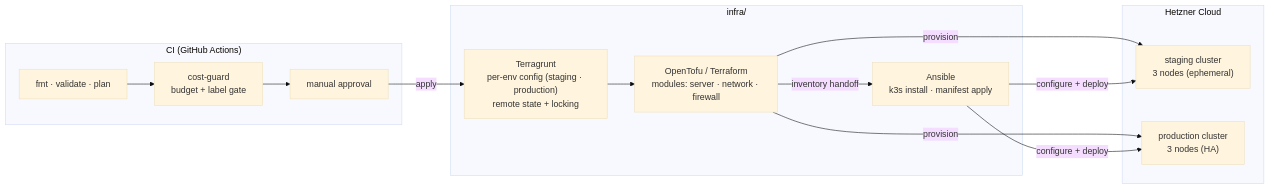
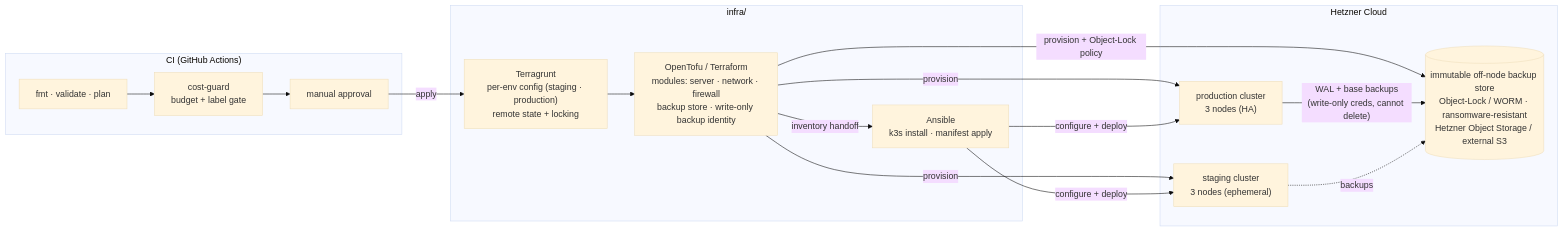
One commit to marco-montesines/maagaparuga changed the second of 4 diagrams in README.md. Above: the diagram before and after it, drawn with Mermaid (base theme). The commit also changed other lines of this file and 1 other file, not shown here.

First line of the commit message:
docs: surface disaster recovery & ransomware resistance across the diagrams

````diff
--- a/README.md
+++ b/README.md
@@ -335,26 +375,30 @@
 ```mermaid
 flowchart LR
     subgraph iac["infra/"]
         tg["Terragrunt<br/>per-env config (staging · production)<br/>remote state + locking"]
-        tofu["OpenTofu / Terraform<br/>modules: server · network · firewall"]
+        tofu["OpenTofu / Terraform<br/>modules: server · network · firewall<br/>backup store · write-only backup identity"]
         ansible["Ansible<br/>k3s install · manifest apply"]
     end
 
     subgraph ci["CI (GitHub Actions)"]
         validate["fmt · validate · plan"]
         guard["cost-guard<br/>budget + label gate"]
         approval["manual approval"]
     end
 
     subgraph hetzner["Hetzner Cloud"]
         stg["staging cluster<br/>3 nodes (ephemeral)"]
         prd["production cluster<br/>3 nodes (HA)"]
+        dr[("immutable off-node backup store<br/>Object-Lock / WORM · ransomware-resistant<br/>Hetzner Object Storage / external S3")]
     end
 
     validate --> guard --> approval
     approval -- "apply" --> tg
     tg --> tofu
     tofu -- "provision" --> stg & prd
+    tofu -- "provision + Object-Lock policy" --> dr
     tofu -- "inventory handoff" --> ansible
     ansible -- "configure + deploy" --> stg & prd
+    prd -- "WAL + base backups<br/>(write-only creds, cannot delete)" --> dr
+    stg -. "backups" .-> dr
 ```
````
